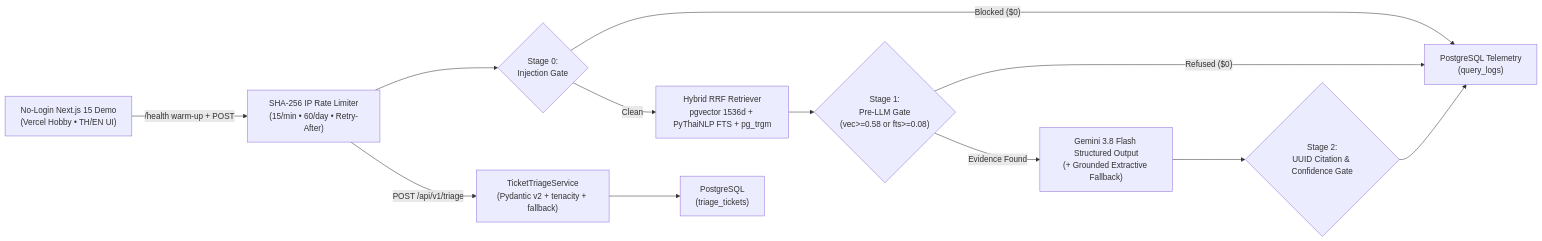
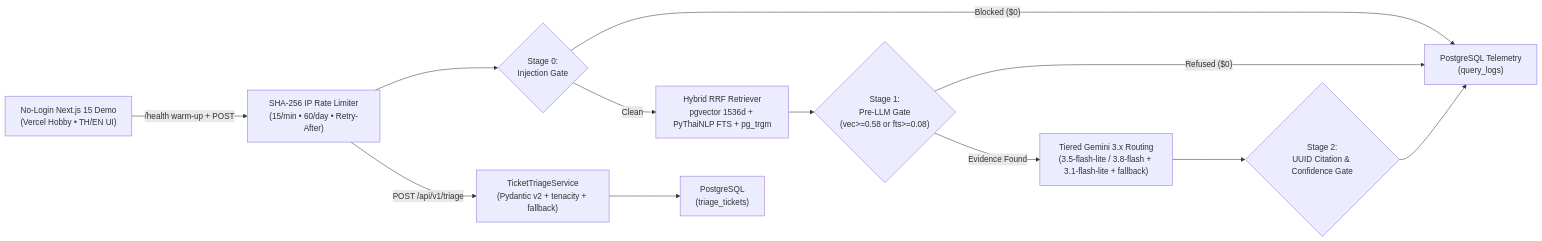
The diagram in README.md (ApecSinlapachai/enterprise-rag-ops-copilot), drawn with Mermaid before and after one commit. The commit also changed other lines of this file and 3 other files, not shown here.

Commit message:
docs: add live demo links, tiered Gemini routing details, and harden set_updated_at search_path

````diff
--- a/README.md
+++ b/README.md
@@ -24,14 +28,14 @@
 ```mermaid
 flowchart LR
     U["No-Login Next.js 15 Demo<br/>(Vercel Hobby • TH/EN UI)"] -->|"/health warm-up + POST"| RL["SHA-256 IP Rate Limiter<br/>(15/min • 60/day • Retry-After)"]
     RL --> S0{"Stage 0:<br/>Injection Gate"}
     S0 -->|"Blocked ($0)"| LOG["PostgreSQL Telemetry<br/>(query_logs)"]
     S0 -->|"Clean"| RET["Hybrid RRF Retriever<br/>pgvector 1536d + PyThaiNLP FTS + pg_trgm"]
     RET --> S1{"Stage 1:<br/>Pre-LLM Gate<br/>(vec>=0.58 or fts>=0.08)"}
     S1 -->|"Refused ($0)"| LOG
-    S1 -->|"Evidence Found"| LLM["Gemini 3.8 Flash Structured Output<br/>(+ Grounded Extractive Fallback)"]
+    S1 -->|"Evidence Found"| LLM["Tiered Gemini 3.x Routing<br/>(3.5-flash-lite / 3.8-flash + 3.1-flash-lite + fallback)"]
     LLM --> S2{"Stage 2:<br/>UUID Citation & Confidence Gate"}
     S2 --> LOG
     RL -->|"POST /api/v1/triage"| TRI["TicketTriageService<br/>(Pydantic v2 + tenacity + fallback)"]
     TRI --> TRIDB["PostgreSQL<br/>(triage_tickets)"]
 ```
````
